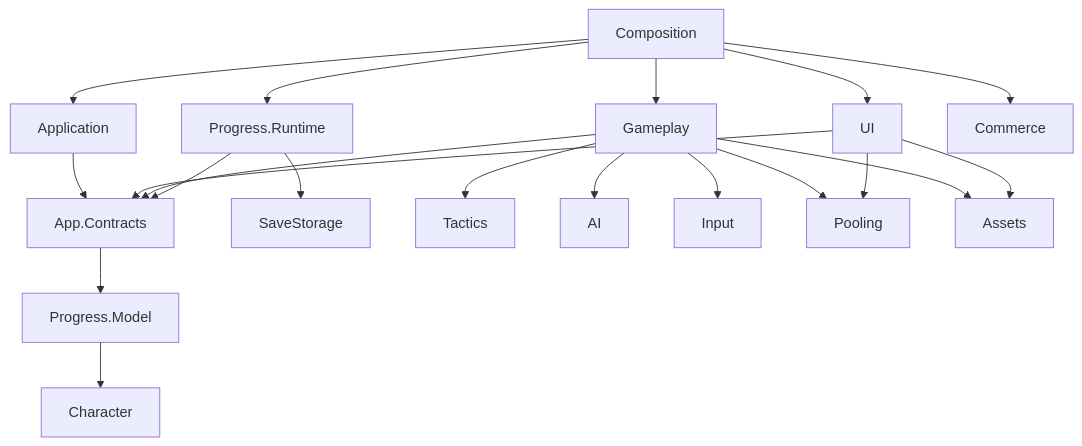
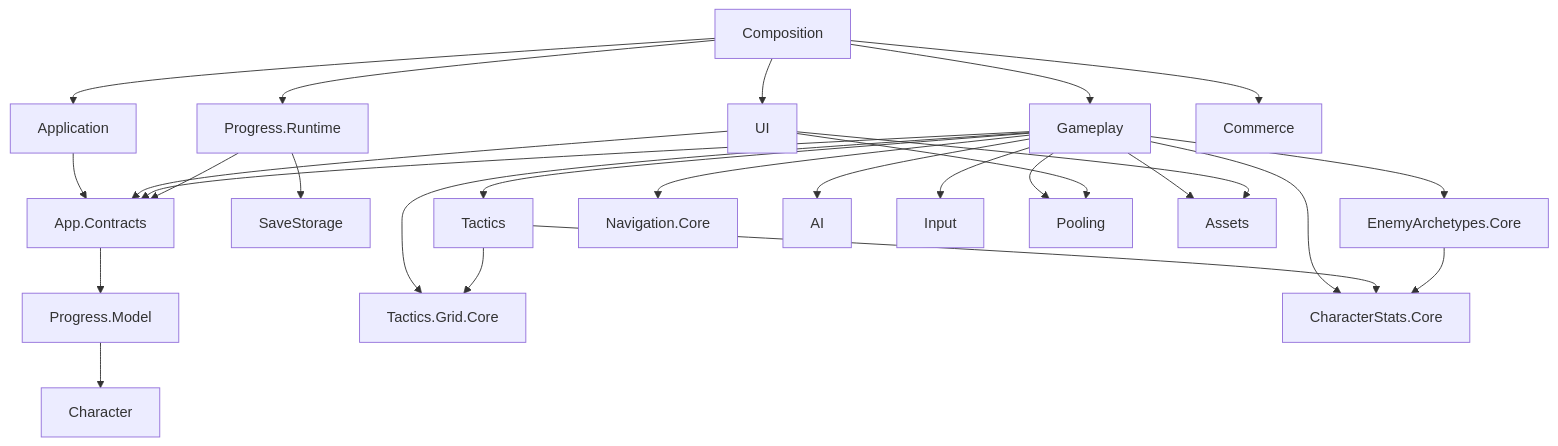
The diagram in Docs/Architecture/Architecture-Current.md (kochatattoo/Game_Aethel), drawn with Mermaid before and after one commit. The commit also changed other lines of this file and 205 other files, not shown here.

````diff
--- a/Docs/Architecture/Architecture-Current.md
+++ b/Docs/Architecture/Architecture-Current.md
@@ -40,22 +50,29 @@
 ```mermaid
 graph TD
     Composition --> Application
     Composition --> UI
     Composition --> Gameplay
     Composition --> ProgressRuntime[Progress.Runtime]
     Composition --> Commerce
     Application --> Contracts[App.Contracts]
     UI --> Contracts
     Gameplay --> Contracts
     ProgressRuntime --> Contracts
     ProgressRuntime --> SaveStorage
     Contracts --> Model[Progress.Model]
     Model --> Character
     Gameplay --> Tactics
+    Gameplay --> GridCore[Tactics.Grid.Core]
+    Gameplay --> CharacterStatsCore[CharacterStats.Core]
+    Gameplay --> EnemyCore[EnemyArchetypes.Core]
+    Gameplay --> NavigationCore[Navigation.Core]
+    Tactics --> GridCore
+    Tactics --> CharacterStatsCore
+    EnemyCore --> CharacterStatsCore
     Gameplay --> AI
     Gameplay --> Input
     Gameplay --> Pooling
     Gameplay --> Assets
     UI --> Assets
     UI --> Pooling
 ```
````
